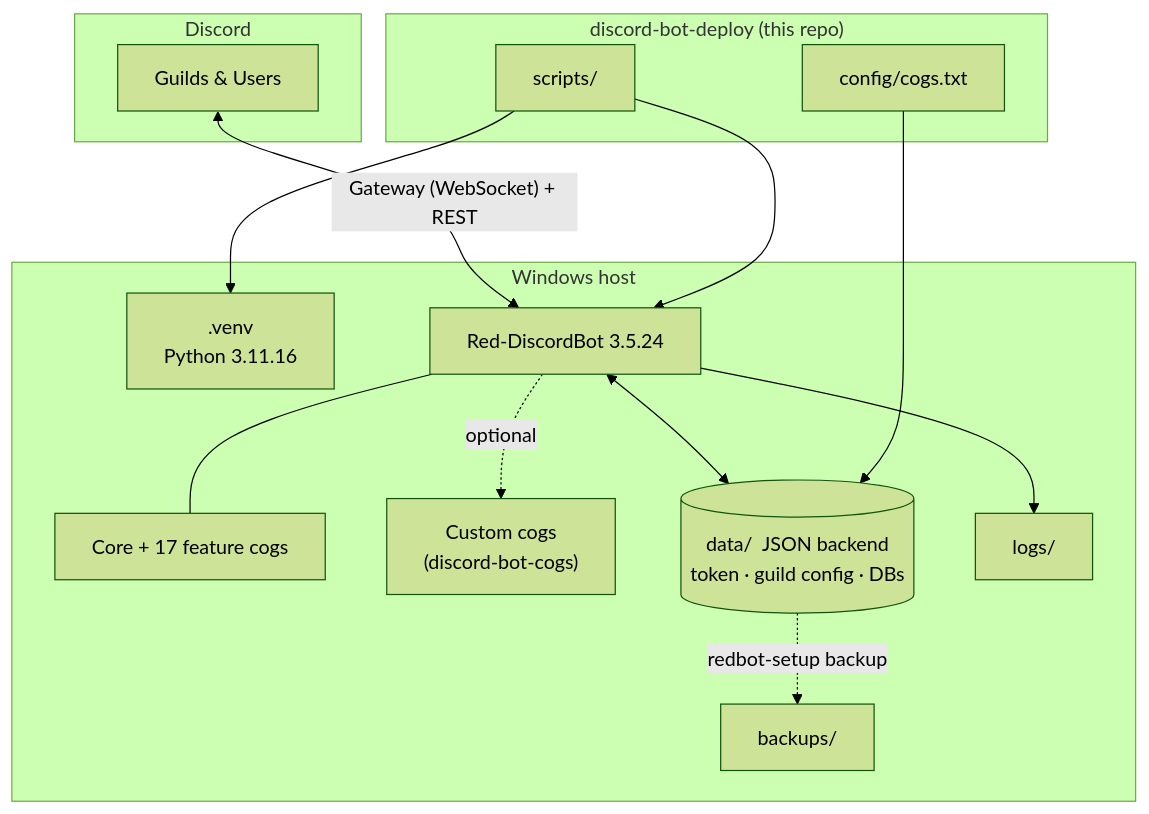
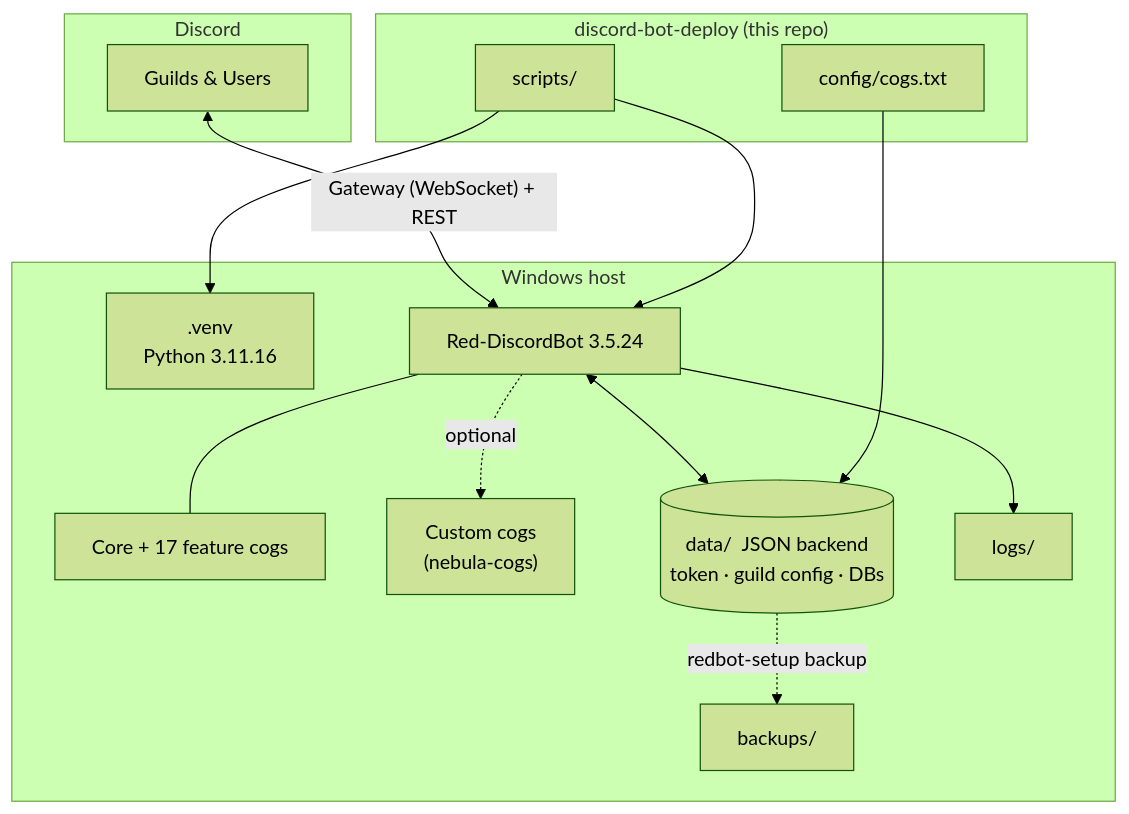
Before and after one commit to kashcmdd/nebula: the diagram in docs/architecture.md, drawn with Mermaid (forest theme). The commit also changed 3 other files, not shown here.

````diff
--- a/docs/architecture.md
+++ b/docs/architecture.md
@@ -10,31 +10,31 @@
 ```mermaid
 flowchart TB
     subgraph Discord
         G[Guilds & Users]
     end
 
     subgraph Host["Windows host"]
         VENV[".venv<br/>Python 3.11.16"]
         RED["Red-DiscordBot 3.5.24"]
         CORE["Core + 17 feature cogs"]
-        CUSTOM["Custom cogs<br/>(discord-bot-cogs)"]
+        CUSTOM["Custom cogs<br/>(nebula-cogs)"]
         DATA[("data/ &nbsp;JSON backend<br/>token · guild config · DBs")]
         LOGS["logs/"]
         BACKUPS["backups/"]
     end
 
     subgraph Repo["discord-bot-deploy (this repo)"]
         SCRIPTS["scripts/"]
         COGLIST["config/cogs.txt"]
     end
 
     G <-->|"Gateway (WebSocket) + REST"| RED
     RED --- CORE
     RED -.optional.-> CUSTOM
     RED <--> DATA
     RED --> LOGS
     SCRIPTS --> VENV
     SCRIPTS --> RED
     COGLIST --> DATA
     DATA -. "redbot-setup backup" .-> BACKUPS
 ```
````
